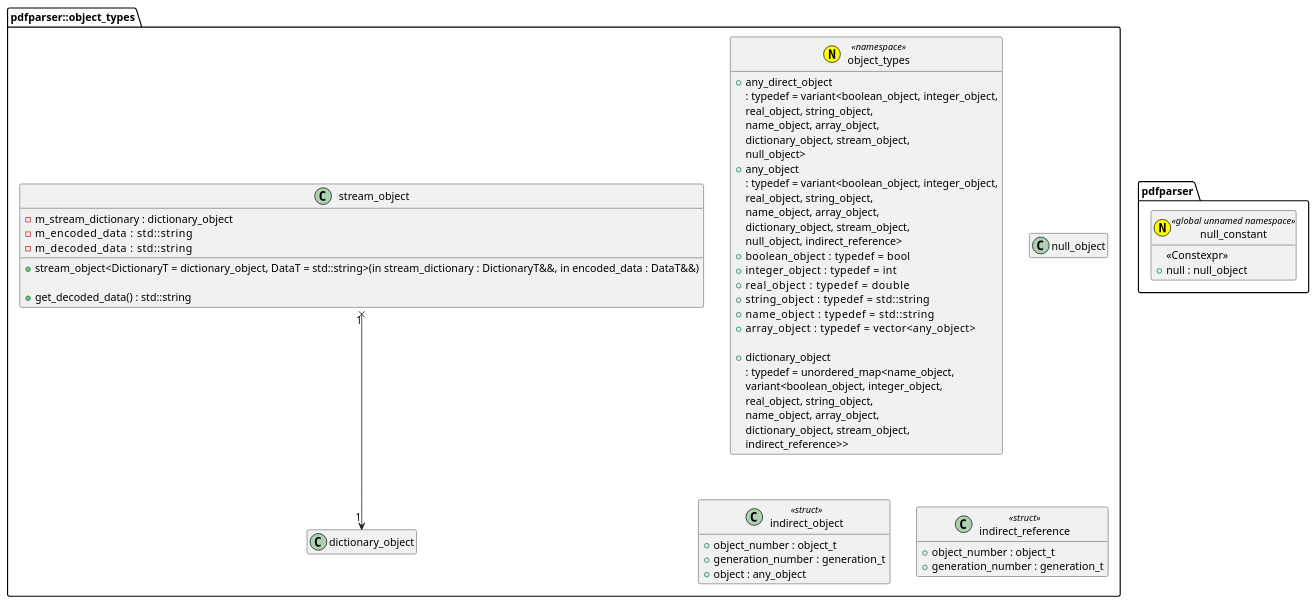
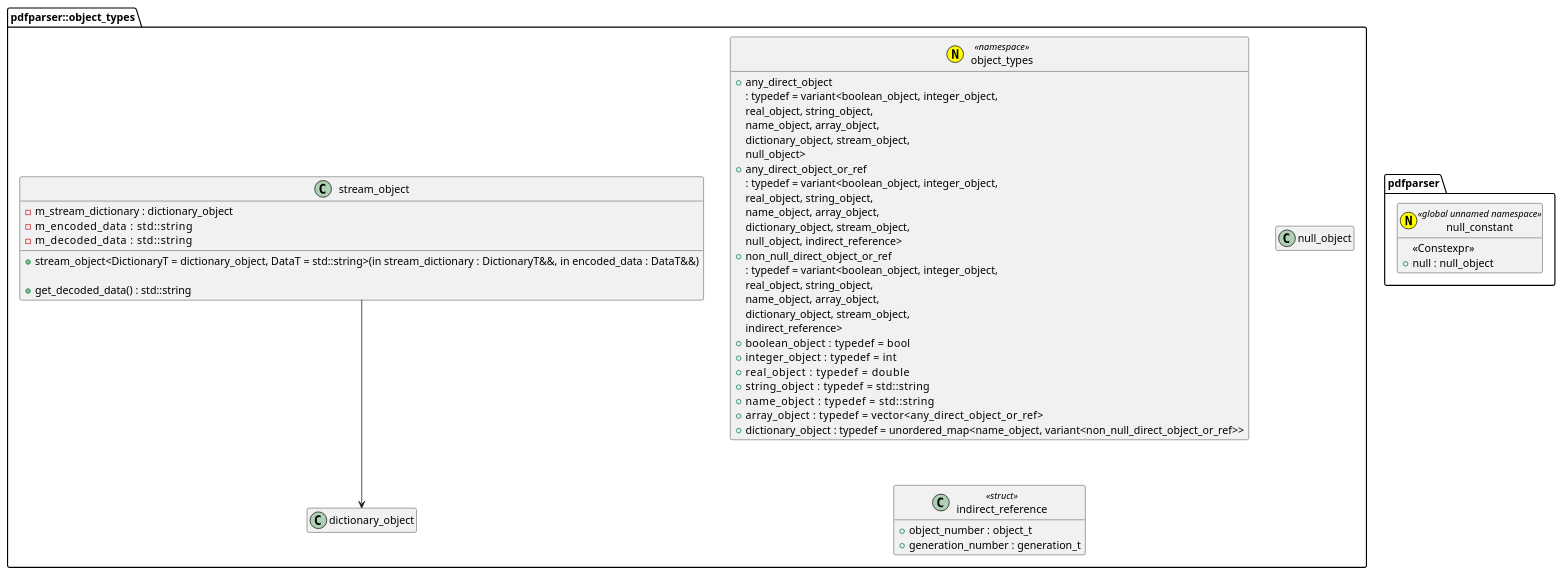
The diagram in document/object_types.class.pu (KodaiYM/PDFReader), drawn with PlantUML before and after one commit. The commit also changed 16 other files, not shown here.

```diff
--- a/document/object_types.class.pu
+++ b/document/object_types.class.pu
@@ -1,61 +1,55 @@
 @startuml object_types
 hide empty members
 namespace pdfparser {
 annotation null_constant <<(N, yellow) global unnamed namespace>> {
 	<<Constexpr>>
 	+null : null_object
 }
 }
 namespace pdfparser::object_types {
 annotation object_types <<(N, yellow) namespace>> {
 	+any_direct_object
 	 : typedef = variant<boolean_object, integer_object,
 	                     real_object, string_object,
 	                     name_object, array_object,
 	                     dictionary_object, stream_object,
 	                     null_object>
-	+any_object
+	+any_direct_object_or_ref
 	 : typedef = variant<boolean_object, integer_object,
 	                     real_object, string_object,
 	                     name_object, array_object,
 	                     dictionary_object, stream_object,
 	                     null_object, indirect_reference>
+	+non_null_direct_object_or_ref
+	 : typedef = variant<boolean_object, integer_object,
+	                     real_object, string_object,
+	                     name_object, array_object,
+	                     dictionary_object, stream_object,
+	                     indirect_reference>
 	+boolean_object    : typedef = bool
 	+integer_object    : typedef = int
 	+real_object       : typedef = double
 	+string_object     : typedef = std::string
 	+name_object       : typedef = std::string
-	+array_object      : typedef = vector<any_object>
-
-	' mapped_type : any_object except null_object
-	+dictionary_object
-	 : typedef = unordered_map<name_object,
-	                           variant<boolean_object, integer_object,
-	                                   real_object, string_object,
-	                                   name_object, array_object,
-	                                   dictionary_object, stream_object,
-	                                   indirect_reference>>
+	+array_object      : typedef = vector<any_direct_object_or_ref>
+	+dictionary_object : typedef = unordered_map<name_object, variant<non_null_direct_object_or_ref>>
 }
 class stream_object {
 	-m_stream_dictionary : dictionary_object
 	-m_encoded_data      : std::string
 	-m_decoded_data      : std::string
 
 	+stream_object<DictionaryT = dictionary_object, DataT = std::string>(in stream_dictionary : DictionaryT&&, in encoded_data : DataT&&)
 
 	+get_decoded_data() : std::string
 }
-stream_object "1" x--> "1" dictionary_object
+stream_object --> dictionary_object
 
 class null_object {}
-class indirect_object<<struct>> {
-	+object_number : object_t
-	+generation_number : generation_t
-	+object : any_object
-}
+
 class indirect_reference<<struct>> {
 	+object_number : object_t
 	+generation_number : generation_t
 }
 }
 @enduml
```
